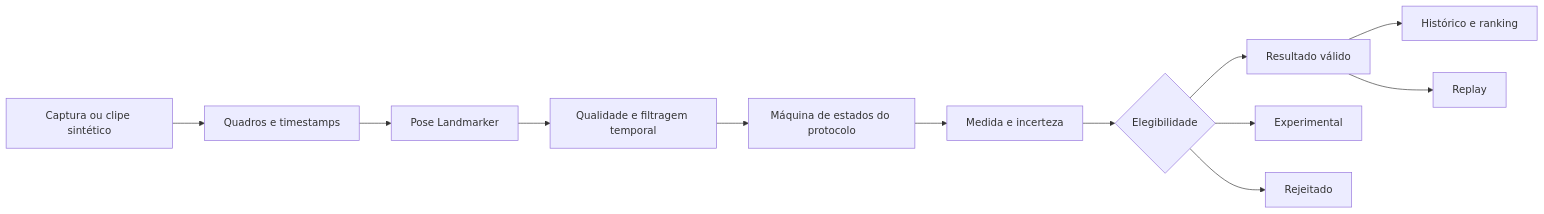
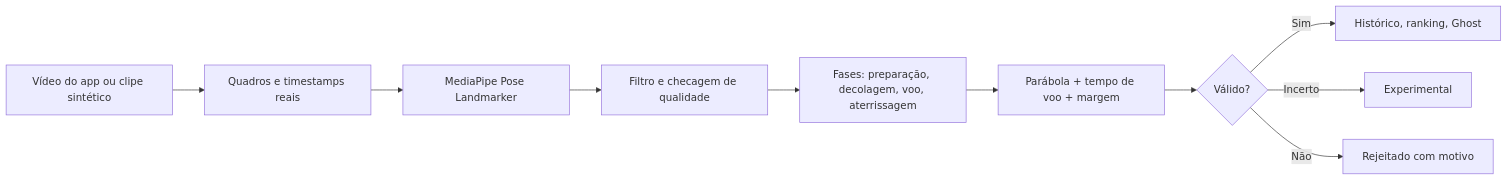
Before and after one commit to Lucas-Andrade-Silva/hackasEsporteFilasOff: the second of 3 diagrams in MOVA_Brasil_Projeto_Completo_Hack_Brasil_2026.md, drawn with Mermaid. The commit also changed other lines of this file and 1 other file, not shown here.

First line of the commit message:
docs: MOVA v4.1 com provas detalhadas e design separado

````diff
--- a/MOVA_Brasil_Projeto_Completo_Hack_Brasil_2026.md
+++ b/MOVA_Brasil_Projeto_Completo_Hack_Brasil_2026.md
@@ -425,14 +434,12 @@
 ```mermaid
 flowchart LR
-    A[Captura ou clipe sintético] --> B[Quadros e timestamps]
-    B --> C[Pose Landmarker]
-    C --> D[Qualidade e filtragem temporal]
-    D --> E[Máquina de estados do protocolo]
-    E --> F[Medida e incerteza]
-    F --> G{Elegibilidade}
-    G --> H[Resultado válido]
-    G --> I[Experimental]
-    G --> J[Rejeitado]
-    H --> K[Histórico e ranking]
-    H --> L[Replay]
+    A[Vídeo do app ou clipe sintético] --> B[Quadros e timestamps reais]
+    B --> C[MediaPipe Pose Landmarker]
+    C --> D[Filtro e checagem de qualidade]
+    D --> E[Fases: preparação, decolagem, voo, aterrissagem]
+    E --> F[Parábola + tempo de voo + margem]
+    F --> G{Válido?}
+    G -->|Sim| H[Histórico, ranking, Ghost]
+    G -->|Incerto| I[Experimental]
+    G -->|Não| J[Rejeitado com motivo]
 ```
````
